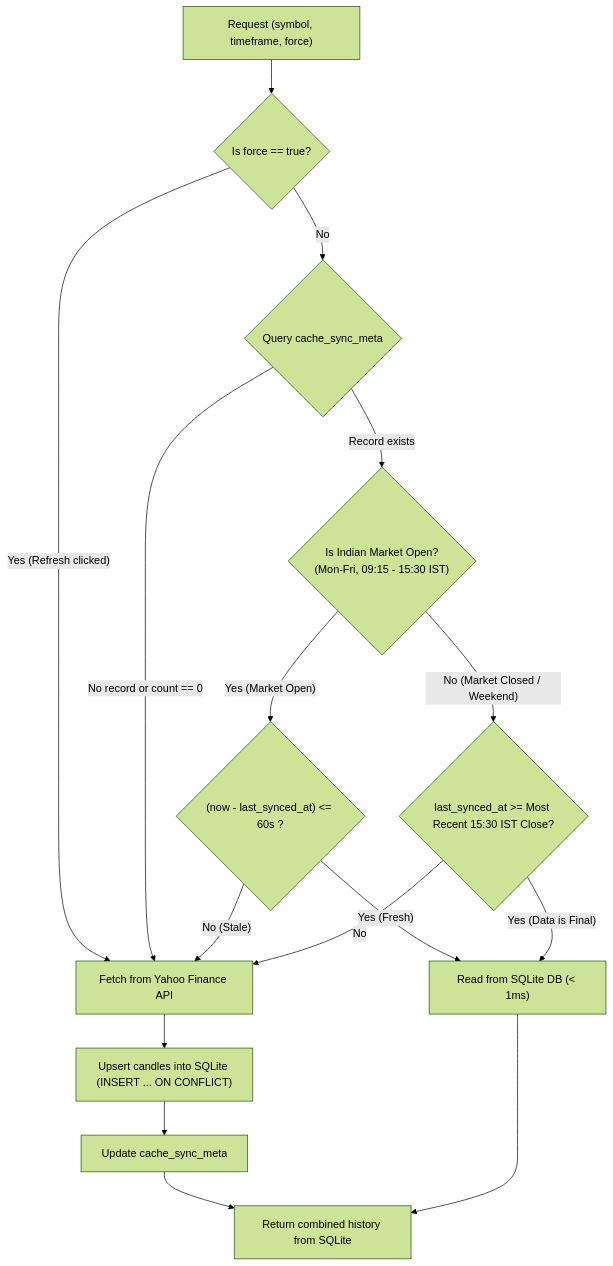
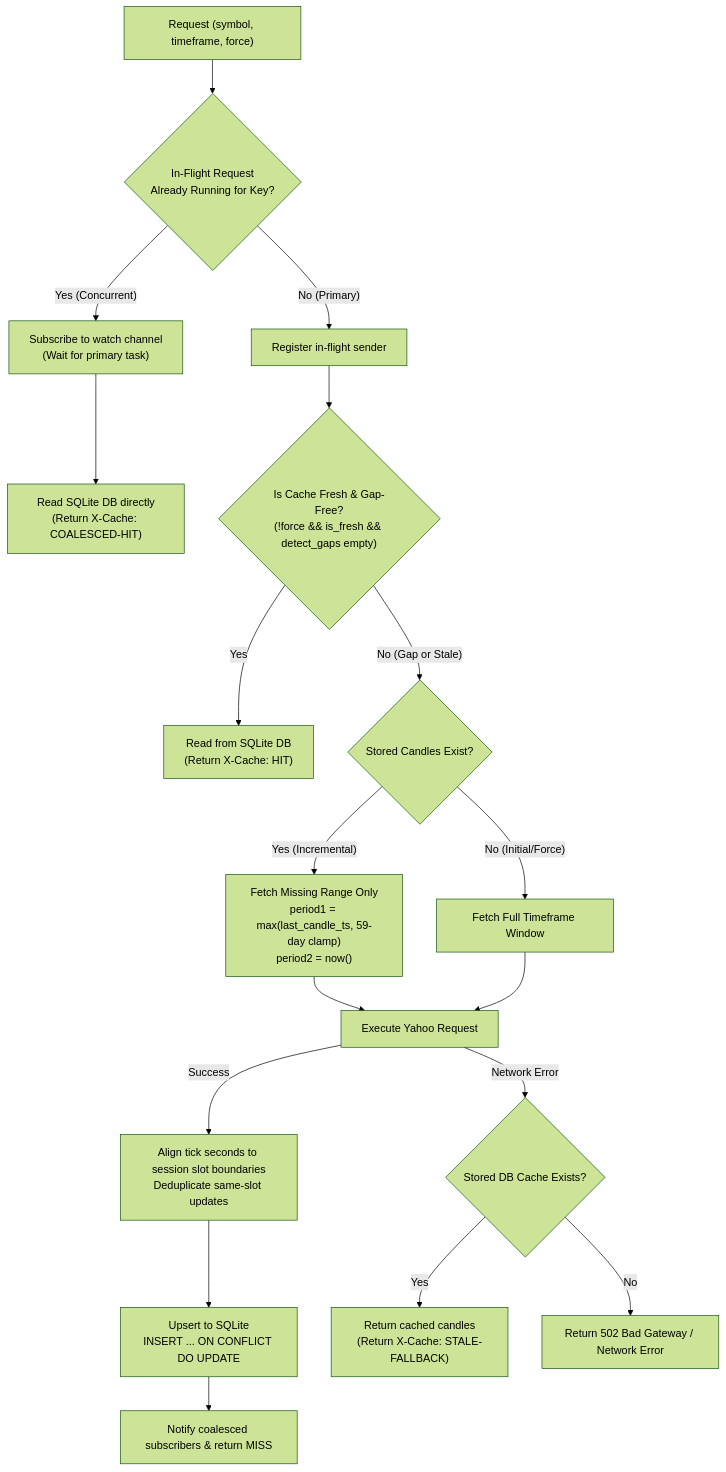
The diagram in docs/database_schema.md (KiranK0304/MarketWatch), drawn with Mermaid (forest theme) before and after one commit. The commit also changed other lines of this file and 1 other file, not shown here.

Commit message:
docs: update database schema and architecture documentation

````diff
--- a/docs/database_schema.md
+++ b/docs/database_schema.md
@@ -121,22 +147,28 @@
 ```mermaid
 flowchart TD
-    Req["Request (symbol, timeframe, force)"] --> Force{"Is force == true?"}
-    Force -- "Yes (Refresh clicked)" --> Fetch["Fetch from Yahoo Finance API"]
-    Force -- "No" --> CheckMeta{"Query cache_sync_meta"}
+    Req["Request (symbol, timeframe, force)"] --> CheckInFlight{"In-Flight Request<br/>Already Running for Key?"}
     
-    CheckMeta -- "No record or count == 0" --> Fetch
-    CheckMeta -- "Record exists" --> MarketStatus{"Is Indian Market Open?<br/>(Mon-Fri, 09:15 - 15:30 IST)"}
+    CheckInFlight -- "Yes (Concurrent)" --> Subscribe["Subscribe to watch channel<br/>(Wait for primary task)"]
+    Subscribe --> ReadCoalesced["Read SQLite DB directly<br/>(Return X-Cache: COALESCED-HIT)"]
+
+    CheckInFlight -- "No (Primary)" --> Register["Register in-flight sender"]
+    Register --> CheckFresh{"Is Cache Fresh & Gap-Free?<br/>(!force && is_fresh && detect_gaps empty)"}
     
-    MarketStatus -- "Yes (Market Open)" --> CheckTTL{"(now - last_synced_at) <= 60s ?"}
-    CheckTTL -- "Yes (Fresh)" --> ReadDB["Read from SQLite DB (< 1ms)"]
-    CheckTTL -- "No (Stale)" --> Fetch
+    CheckFresh -- "Yes" --> ReadHit["Read from SQLite DB<br/>(Return X-Cache: HIT)"]
     
-    MarketStatus -- "No (Market Closed / Weekend)" --> CheckClose{"last_synced_at >= Most Recent 15:30 IST Close?"}
-    CheckClose -- "Yes (Data is Final)" --> ReadDB
-    CheckClose -- "No" --> Fetch
+    CheckFresh -- "No (Gap or Stale)" --> CheckMeta{"Stored Candles Exist?"}
     
-    Fetch --> Upsert["Upsert candles into SQLite (INSERT ... ON CONFLICT)"]
-    Upsert --> UpdateMeta["Update cache_sync_meta"]
-    UpdateMeta --> ReturnData["Return combined history from SQLite"]
-    ReadDB --> ReturnData
+    CheckMeta -- "Yes (Incremental)" --> RangeQuery["Fetch Missing Range Only<br/>period1 = max(last_candle_ts, 59-day clamp)<br/>period2 = now()"]
+    CheckMeta -- "No (Initial/Force)" --> FullQuery["Fetch Full Timeframe Window"]
+    
+    RangeQuery --> ExecFetch["Execute Yahoo Request"]
+    FullQuery --> ExecFetch
+    
+    ExecFetch -- "Success" --> AlignFloor["Align tick seconds to session slot boundaries<br/>Deduplicate same-slot updates"]
+    AlignFloor --> Upsert["Upsert to SQLite<br/>INSERT ... ON CONFLICT DO UPDATE"]
+    Upsert --> Broadcast["Notify coalesced subscribers & return MISS"]
+    
+    ExecFetch -- "Network Error" --> Fallback{"Stored DB Cache Exists?"}
+    Fallback -- "Yes" --> StaleReturn["Return cached candles<br/>(Return X-Cache: STALE-FALLBACK)"]
+    Fallback -- "No" --> ErrorReturn["Return 502 Bad Gateway / Network Error"]
 ```
````
